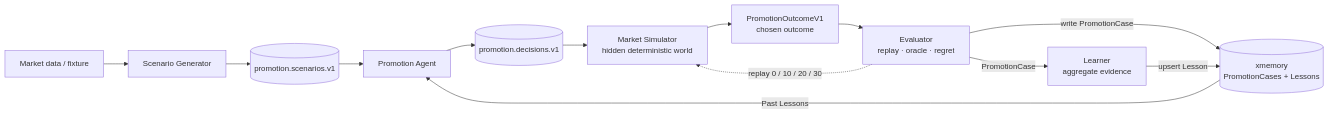
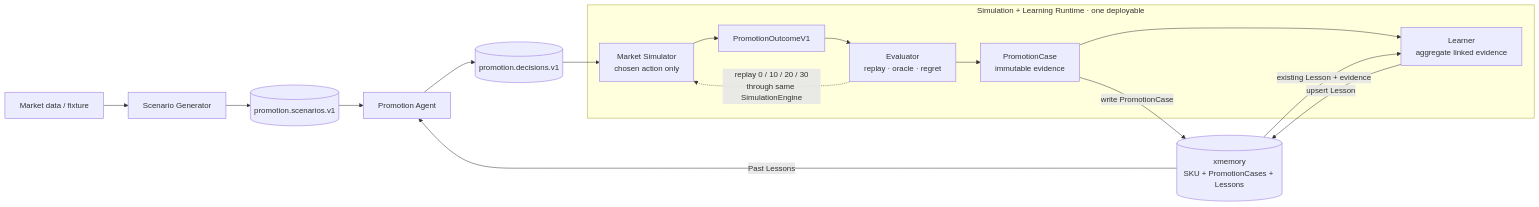
Before and after one commit to podlodka-ai-club/snowball: the diagram in docs/architecture/high-level-architecture.mmd, drawn with Mermaid.

Commit message:
Update high-level learning flow source

```diff
--- a/docs/architecture/high-level-architecture.mmd
+++ b/docs/architecture/high-level-architecture.mmd
@@ -1,13 +1,24 @@
 flowchart LR
     D[Market data / fixture] --> S[Scenario Generator]
     S --> K1[(promotion.scenarios.v1)]
     K1 --> A[Promotion Agent]
-    X[(xmemory\nPromotionCases + Lessons)] -->|Past Lessons| A
+    X[(xmemory\nSKU + PromotionCases + Lessons)] -->|Past Lessons| A
     A --> K2[(promotion.decisions.v1)]
-    K2 --> M["Market Simulator\nhidden deterministic world"]
-    M --> O["PromotionOutcomeV1\nchosen outcome"]
-    O --> E["Evaluator\nreplay · oracle · regret"]
-    E -->|"PromotionCase"| L["Learner\naggregate evidence"]
-    E -->|"write PromotionCase"| X
+
+    subgraph R["Simulation + Learning Runtime · one deployable"]
+        M["Market Simulator\nchosen action only"]
+        O["PromotionOutcomeV1"]
+        E["Evaluator\nreplay · oracle · regret"]
+        C["PromotionCase\nimmutable evidence"]
+        L["Learner\naggregate linked evidence"]
+    end
+
+    K2 --> M
+    M --> O
+    O --> E
+    E -. "replay 0 / 10 / 20 / 30\nthrough same SimulationEngine" .-> M
+    E --> C
+    C -->|"write PromotionCase"| X
+    C --> L
+    X -->|"existing Lesson + evidence"| L
     L -->|"upsert Lesson"| X
-    E -. "replay 0 / 10 / 20 / 30" .-> M
```
